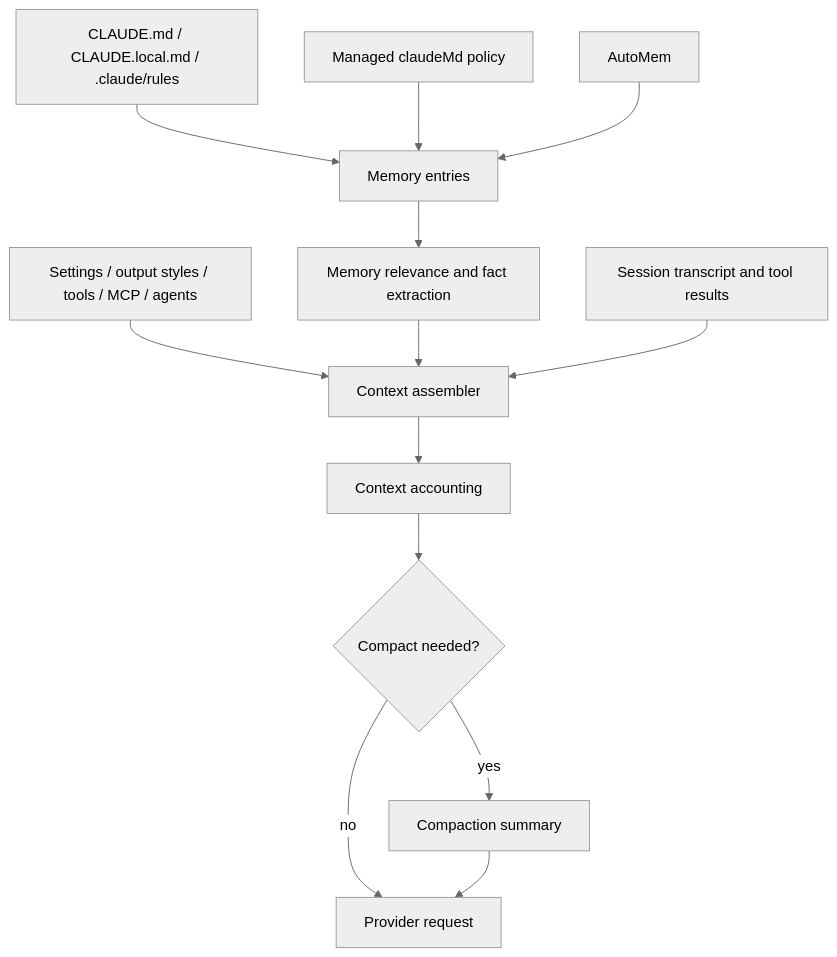
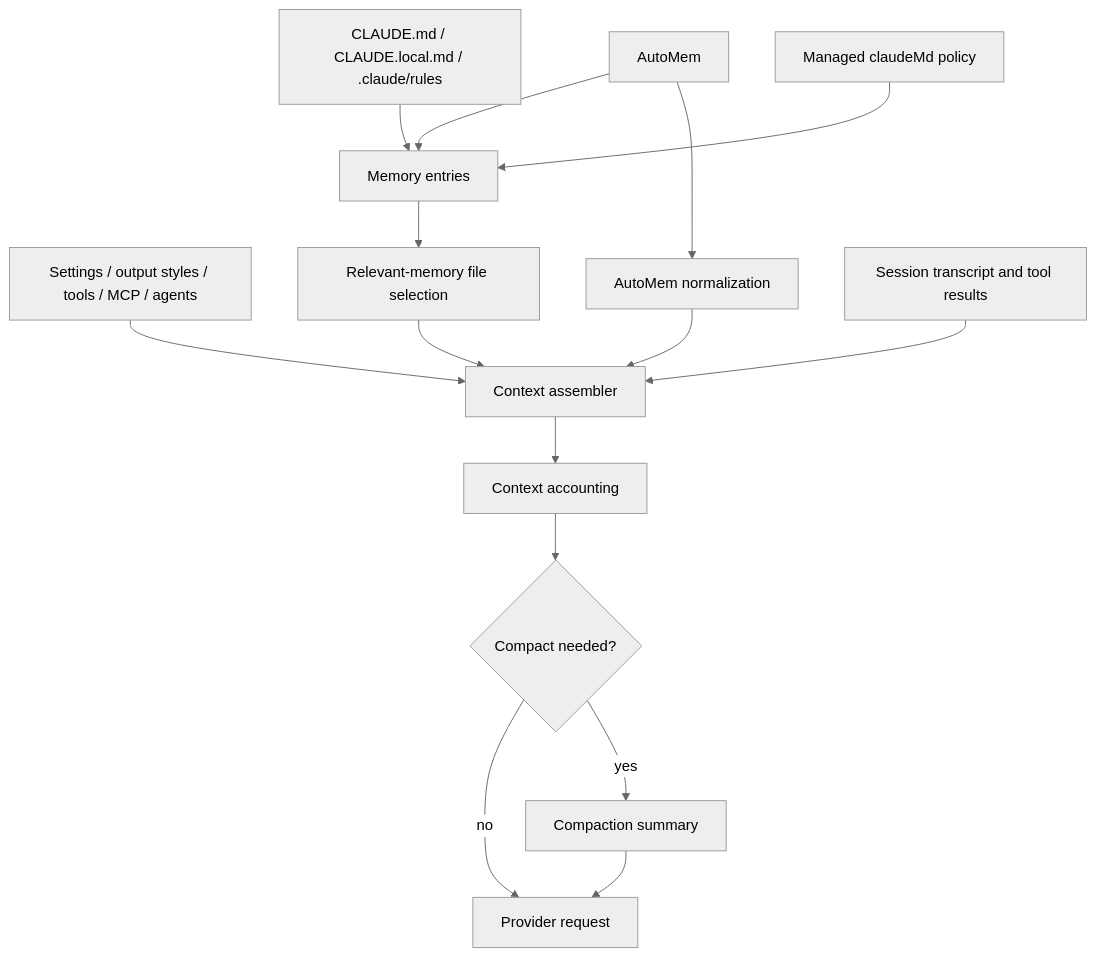
Before and after one commit to vibewatch/claude-code-internals: the first of 2 diagrams in docs/02-context-model-loop/context-memory-compaction-checkpoints.md, drawn with Mermaid (neutral theme). The commit also changed other lines of this file and 46 other files, not shown here.

````diff
--- a/docs/02-context-model-loop/context-memory-compaction-checkpoints.md
+++ b/docs/02-context-model-loop/context-memory-compaction-checkpoints.md
@@ -40,15 +44,17 @@
 ```mermaid
 flowchart TD
     Files[CLAUDE.md / CLAUDE.local.md / .claude/rules] --> Memory[Memory entries]
     Managed[Managed claudeMd policy] --> Memory
     Auto[AutoMem] --> Memory
     Settings[Settings / output styles / tools / MCP / agents] --> Context[Context assembler]
-    Memory --> Selector[Memory relevance and fact extraction]
+    Memory --> Selector[Relevant-memory file selection]
+    Auto --> Normalize[AutoMem normalization]
+    Normalize --> Context
     Selector --> Context
     Transcript[Session transcript and tool results] --> Context
     Context --> Budget[Context accounting]
     Budget --> Compact{Compact needed?}
     Compact -->|no| Request[Provider request]
     Compact -->|yes| Summary[Compaction summary]
     Summary --> Request
 ```
````
